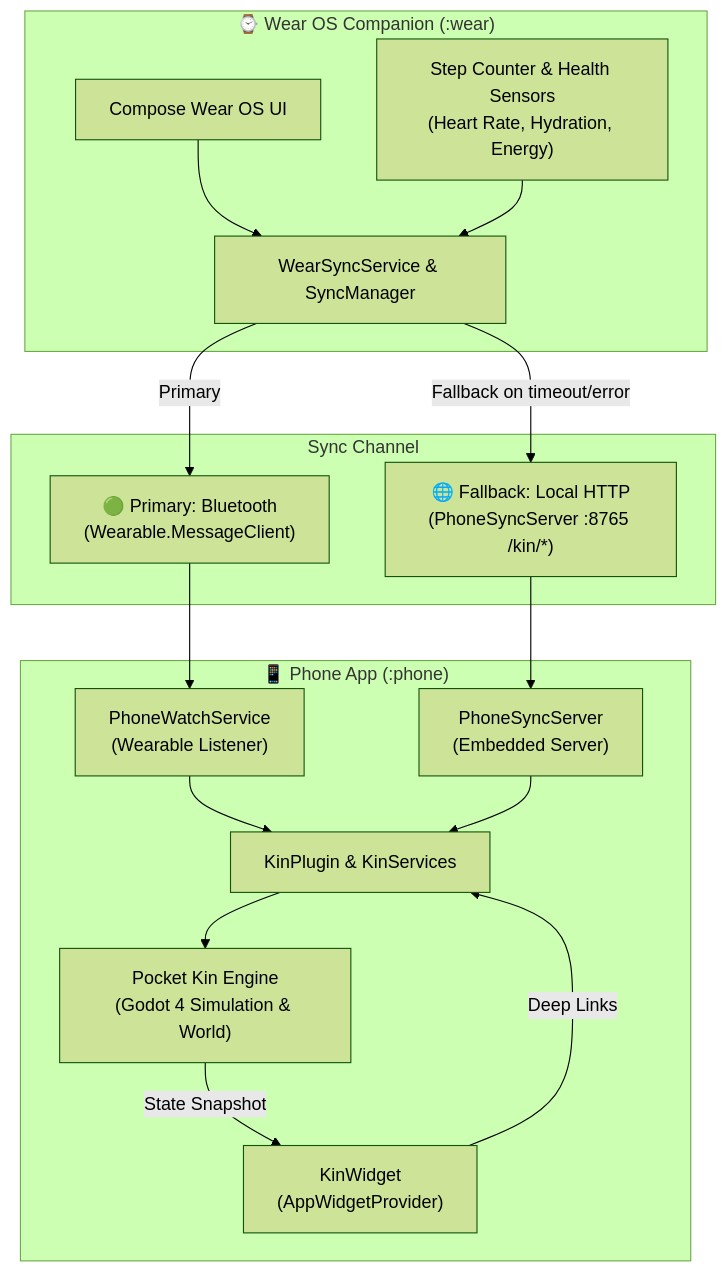
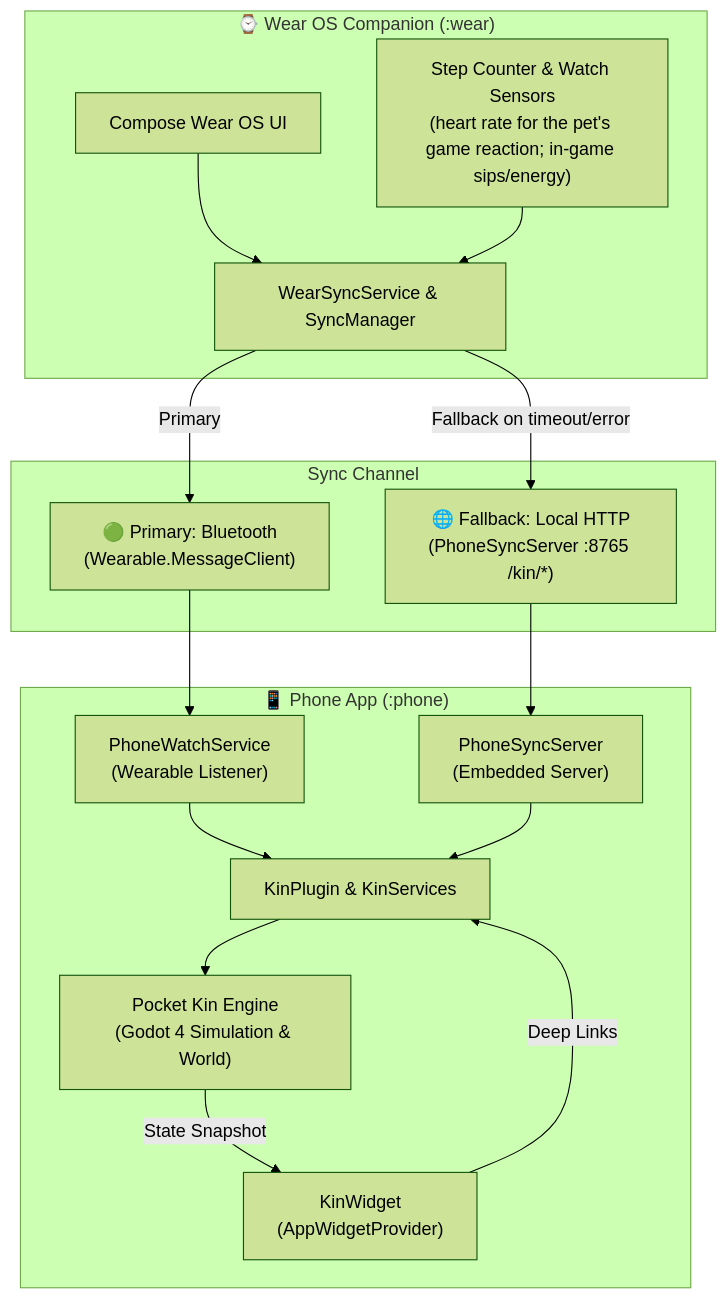
Before and after one commit to chartmann1590/pocket-kin: the diagram in README.md, drawn with Mermaid (forest theme). The commit also changed other lines of this file and 11 other files, not shown here.

Commit message:
Play compliance (listing, privacy, declarations): reframe health features as game mechanics, explicit Wear OS Tile listing bullet, Data Safety + Health Apps answers, account-deletion page, crate odds + rating/families corrections

````diff
--- a/README.md
+++ b/README.md
@@ -47,33 +47,33 @@
 ```mermaid
 flowchart TD
     subgraph WearOS["⌚ Wear OS Companion (:wear)"]
         WS["WearSyncService & SyncManager"]
-        Health["Step Counter & Health Sensors\n(Heart Rate, Hydration, Energy)"]
+        Health["Step Counter & Watch Sensors\n(heart rate for the pet's game reaction; in-game sips/energy)"]
         UI_Wear["Compose Wear OS UI"]
     end
 
     subgraph Channel["Sync Channel"]
         BT["🟢 Primary: Bluetooth\n(Wearable.MessageClient)"]
         HTTP["🌐 Fallback: Local HTTP\n(PhoneSyncServer :8765 /kin/*)"]
     end
 
     subgraph Phone["📱 Phone App (:phone)"]
         PS["PhoneWatchService\n(Wearable Listener)"]
         PSS["PhoneSyncServer\n(Embedded Server)"]
         KP["KinPlugin & KinServices"]
         Godot["Pocket Kin Engine\n(Godot 4 Simulation & World)"]
         Widget["KinWidget\n(AppWidgetProvider)"]
     end
 
     UI_Wear --> WS
     Health --> WS
     WS -->|Primary| BT
     WS -->|Fallback on timeout/error| HTTP
     BT --> PS
     HTTP --> PSS
     PS --> KP
     PSS --> KP
     KP --> Godot
     Godot -->|State Snapshot| Widget
     Widget -->|Deep Links| KP
 ```
````
